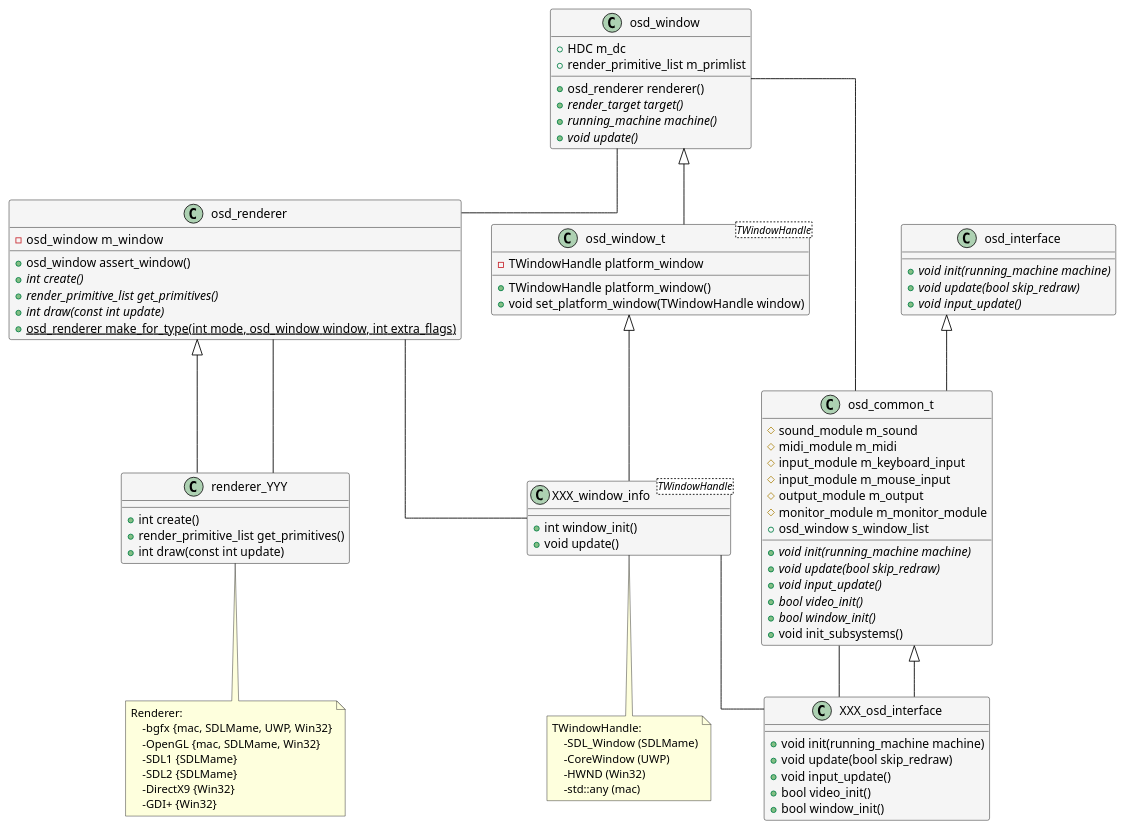
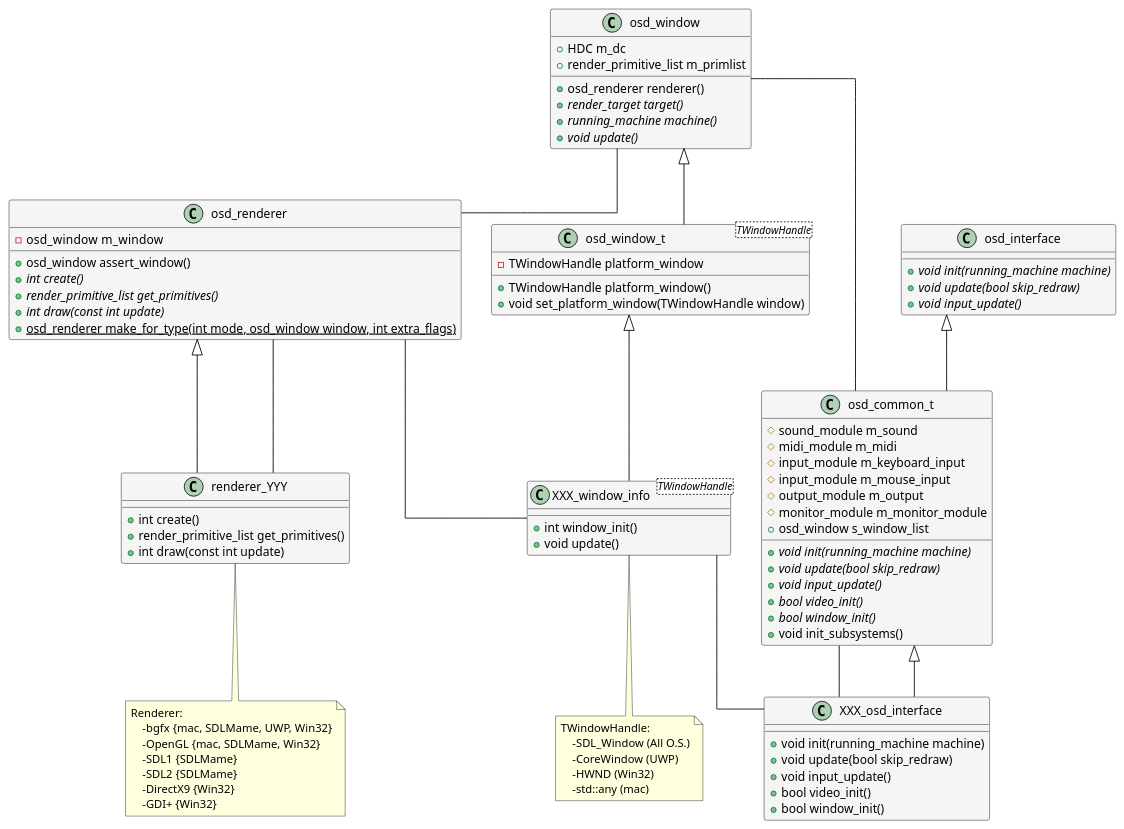
Before and after one commit to mikymaione/MAMEStreamingPlatform: the diagram in Streaming/UML/class.puml, drawn with PlantUML.

```diff
--- a/Streaming/UML/class.puml
+++ b/Streaming/UML/class.puml
@@ -1,106 +1,106 @@
 @startuml mame
 
 skinparam LineType ortho
 skinparam ArrowColor black
 skinparam Shadowing false
 
 skinparam class {
     BackgroundColor WhiteSmoke
     BorderColor black
 }
 
 class osd_renderer {
     -osd_window  m_window
     +osd_window assert_window()
     {abstract} +int create()
     {abstract} +render_primitive_list get_primitives()
     {abstract} +int draw(const int update)
     {static} +osd_renderer make_for_type(int mode, osd_window window, int extra_flags)
 }
 
 class renderer_YYY extends osd_renderer {    
     +int create()
     +render_primitive_list get_primitives()    
     +int draw(const int update)
 }
 
 osd_window -- osd_renderer
 renderer_YYY -- osd_renderer
 
 class osd_window_t<TWindowHandle> extends osd_window {
     -TWindowHandle platform_window
     +TWindowHandle platform_window()
 	+void set_platform_window(TWindowHandle window)
 }
 
 class osd_window {
     +HDC m_dc
     +render_primitive_list m_primlist
     +osd_renderer renderer()        
     {abstract} +render_target target()    
     {abstract} +running_machine machine()
     {abstract} +void update()    
 }
 
 class XXX_window_info<TWindowHandle> extends osd_window_t {    
     +int window_init()
     +void update()
 }
 
 osd_renderer -- XXX_window_info
 osd_common_t -- XXX_osd_interface
 XXX_window_info -- XXX_osd_interface
 
 class XXX_osd_interface extends osd_common_t {
     +void init(running_machine machine)
     +void update(bool skip_redraw)
     +void input_update()
     +bool video_init()
     +bool window_init()
 }
 
 osd_window -- osd_common_t
 
 class osd_interface {
 	{abstract} +void init(running_machine machine)
 	{abstract} +void update(bool skip_redraw)
 	{abstract} +void input_update()
 }
 
 class osd_common_t extends osd_interface {
     #sound_module m_sound
     #midi_module m_midi
     #input_module m_keyboard_input
     #input_module m_mouse_input 
     #output_module m_output
     #monitor_module m_monitor_module
     +osd_window s_window_list
     {abstract} + void init(running_machine machine)
     {abstract} + void update(bool skip_redraw)
     {abstract} + void input_update()
     {abstract} +bool video_init()
     {abstract} +bool window_init()
     +void init_subsystems()
 }
 
 note bottom of XXX_window_info
 TWindowHandle:
-    -SDL_Window (SDLMame)
+    -SDL_Window (All O.S.)
     -CoreWindow (UWP)
     -HWND (Win32)
     -std::any (mac)
 end note
 
 note bottom of renderer_YYY
 Renderer:
     -bgfx {mac, SDLMame, UWP, Win32}
     -OpenGL {mac, SDLMame, Win32}
     -SDL1 {SDLMame}
     -SDL2 {SDLMame}
     -DirectX9 {Win32}
     -GDI+ {Win32}
 end note
 
 ' class osd_stream #Lavender
 
 @enduml
```
